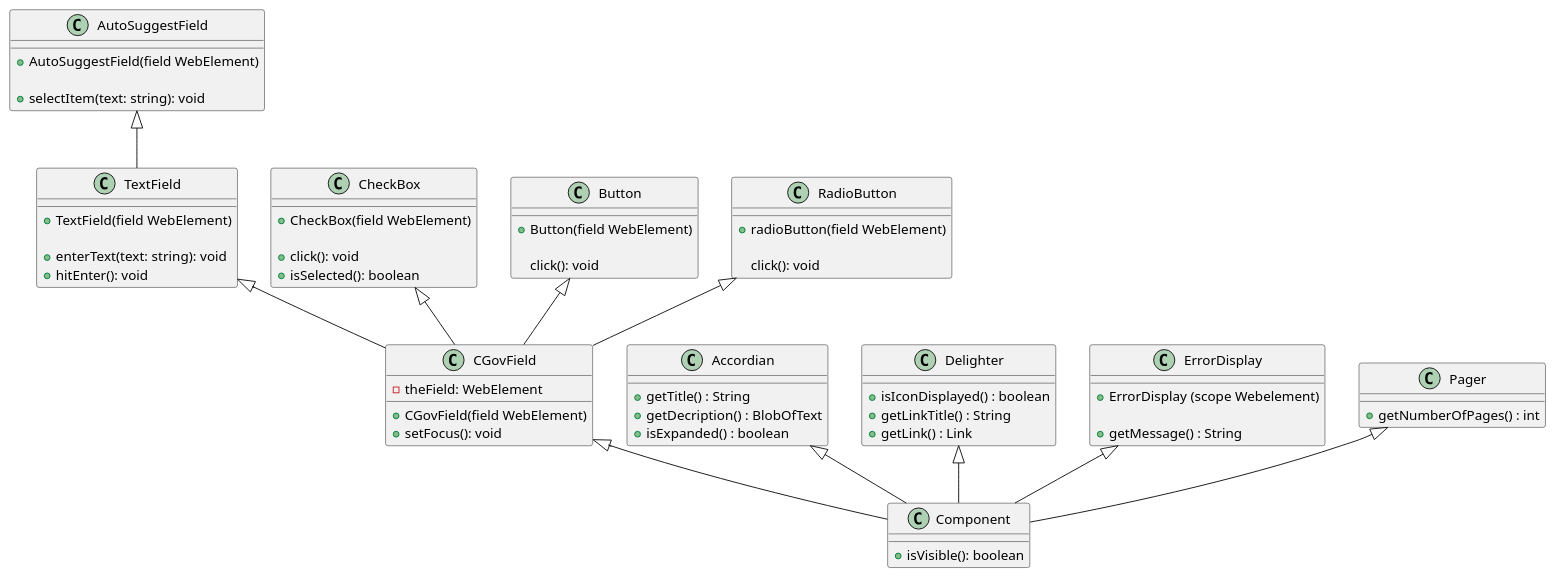
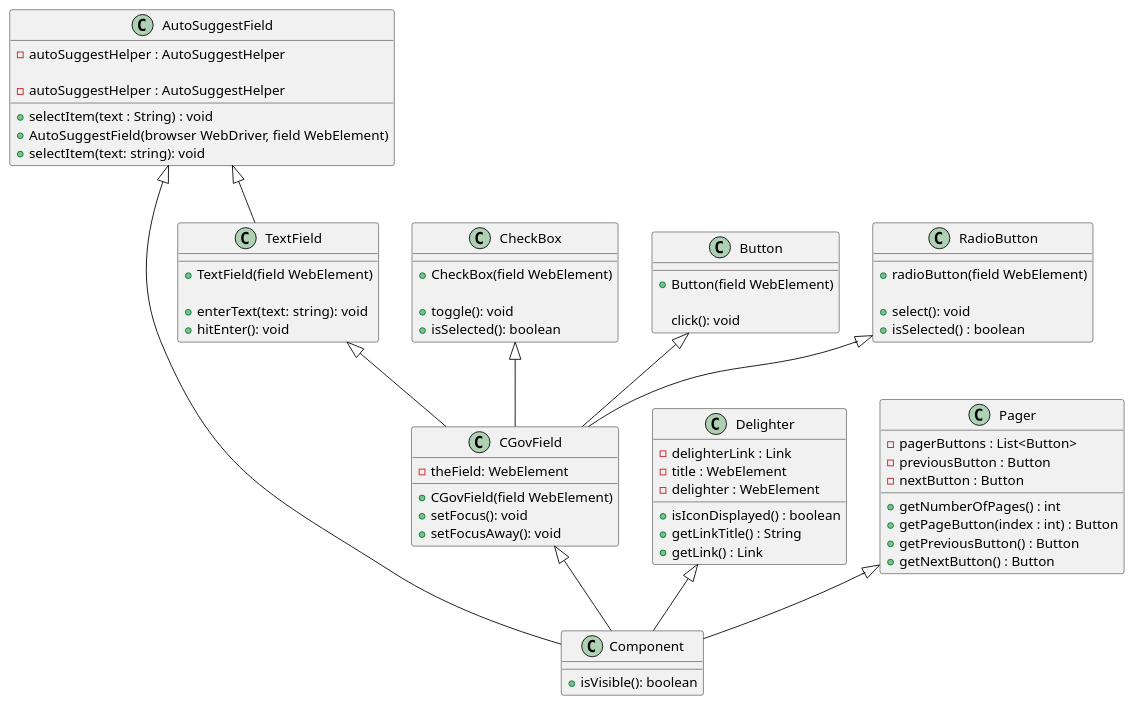
Before and after one commit to blairlearn/automation-design-diagrams: the diagram in diagrams/src/class/components.wsd, drawn with PlantUML. The commit also changed 7 other files, not shown here.

```diff
--- a/diagrams/src/class/components.wsd
+++ b/diagrams/src/class/components.wsd
@@ -1,82 +1,88 @@
 @startuml
 
 class Component{
     +isVisible(): boolean
 }
+class AutoSuggestField {
+    - autoSuggestHelper : AutoSuggestHelper
+
+    + selectItem(text : String) : void
+}
+AutoSuggestField <|-- Component
 
 class CGovField {
 
     -theField: WebElement
 
     +CGovField(field WebElement)
     +setFocus(): void
+    +setFocusAway(): void
 }
 CGovField <|-- Component
 
 class TextField {
     +TextField(field WebElement)
 
     +enterText(text: string): void
     +hitEnter(): void
 }
 TextField <|-- CGovField
 
 class CheckBox {
     +CheckBox(field WebElement)
 
-    +click(): void
+    +toggle(): void
     +isSelected(): boolean
 }
 CheckBox <|-- CGovField
 
 class Button {
     +Button(field WebElement)
 
     click(): void
 }
 Button <|-- CGovField
 
 class RadioButton {
     +radioButton(field WebElement)
 
-    click(): void
+    +select(): void
+    +isSelected() : boolean
 }
 RadioButton <|-- CGovField
 
 class AutoSuggestField {
-    +AutoSuggestField(field WebElement)
-
+    -autoSuggestHelper : AutoSuggestHelper
+    +AutoSuggestField(browser WebDriver, field WebElement)
     +selectItem(text: string): void
 }
 AutoSuggestField <|-- TextField
 
-class Accordian {
-    +getTitle() : String
-    +getDecription() : BlobOfText
-    +isExpanded() : boolean
-}
-Accordian <|-- Component
 
 class Delighter {
+- delighterLink : Link
+- title : WebElement
+- delighter : WebElement
+
 +isIconDisplayed() : boolean
 +getLinkTitle() : String
 +getLink() : Link
 
 }
 Delighter <|-- Component
 
-class ErrorDisplay{
-+ErrorDisplay (scope Webelement)
-
-+getMessage() : String
-}
-ErrorDisplay <|-- Component
-
 class Pager{
+- pagerButtons : List<Button>
+- previousButton : Button
+- nextButton : Button
 
 +getNumberOfPages() : int
++getPageButton(index : int) : Button
++ getPreviousButton() : Button
++ getNextButton() : Button
+
 
 }
 Pager <|-- Component
 
 @enduml
```
